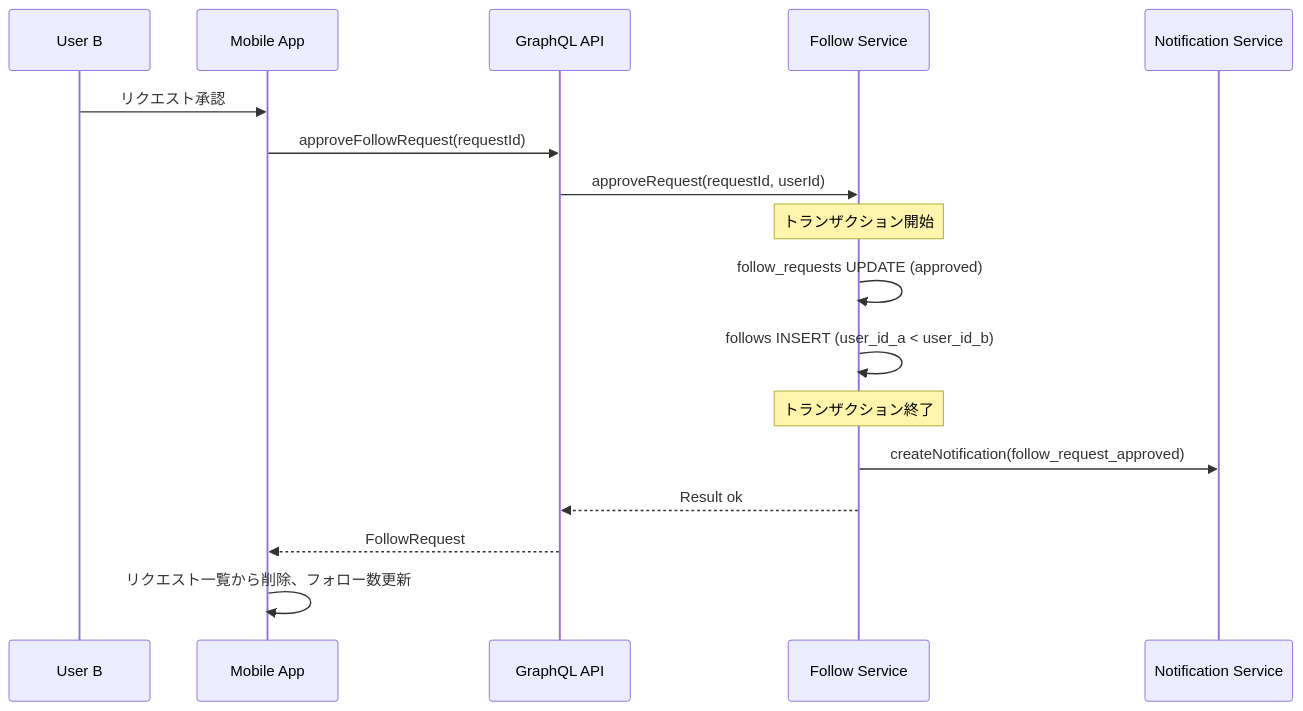
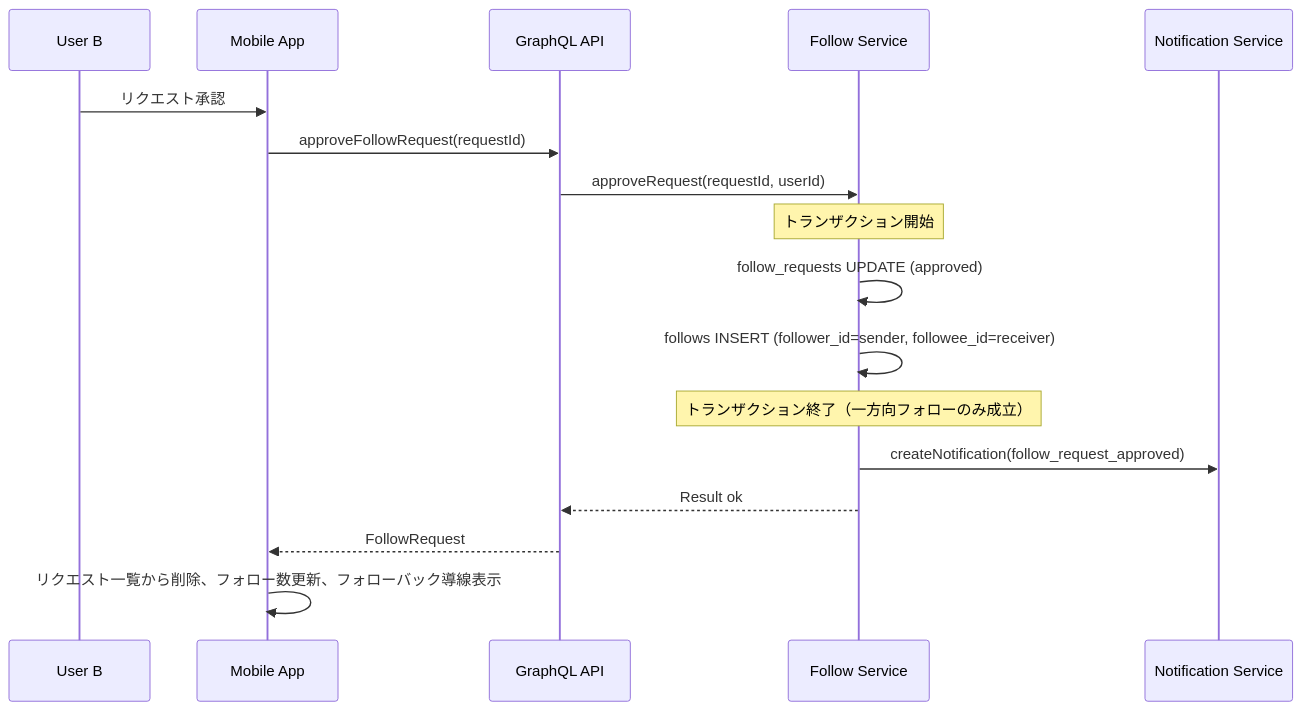
Before and after one commit to sora-ichigo/shelfie: the third of 5 diagrams in .kiro/specs/follow-system/design.md, drawn with Mermaid. The commit also changed other lines of this file and 4 other files, not shown here.

````diff
--- a/.kiro/specs/follow-system/design.md
+++ b/.kiro/specs/follow-system/design.md
@@ -142,20 +142,20 @@
 ```mermaid
 sequenceDiagram
     participant User as User B
     participant App as Mobile App
     participant GQL as GraphQL API
     participant FollowSvc as Follow Service
     participant NotifSvc as Notification Service
 
     User->>App: リクエスト承認
     App->>GQL: approveFollowRequest(requestId)
     GQL->>FollowSvc: approveRequest(requestId, userId)
     Note over FollowSvc: トランザクション開始
     FollowSvc->>FollowSvc: follow_requests UPDATE (approved)
-    FollowSvc->>FollowSvc: follows INSERT (user_id_a < user_id_b)
-    Note over FollowSvc: トランザクション終了
+    FollowSvc->>FollowSvc: follows INSERT (follower_id=sender, followee_id=receiver)
+    Note over FollowSvc: トランザクション終了（一方向フォローのみ成立）
     FollowSvc->>NotifSvc: createNotification(follow_request_approved)
     FollowSvc-->>GQL: Result ok
     GQL-->>App: FollowRequest
-    App->>App: リクエスト一覧から削除、フォロー数更新
+    App->>App: リクエスト一覧から削除、フォロー数更新、フォローバック導線表示
 ```
````
